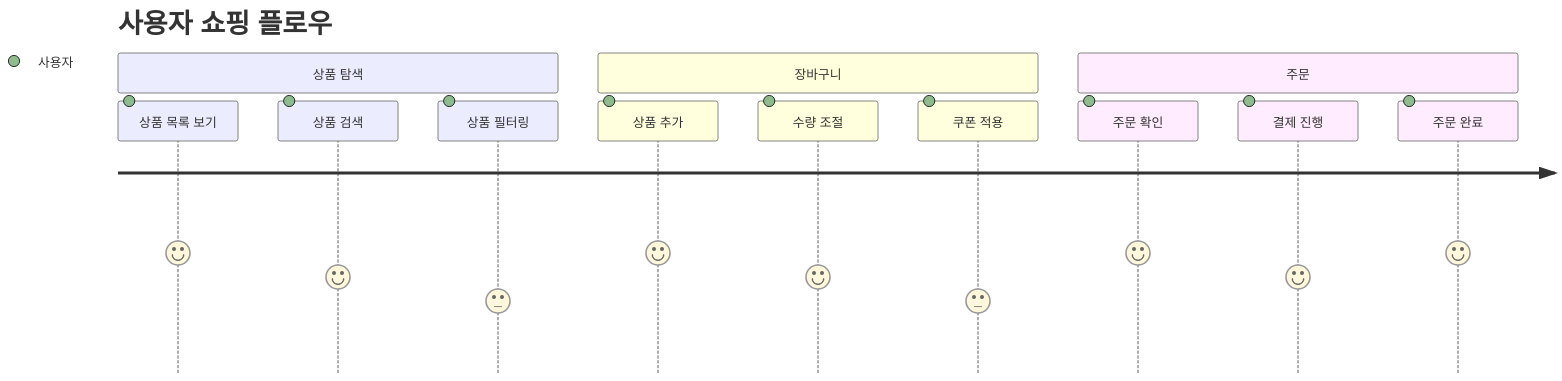
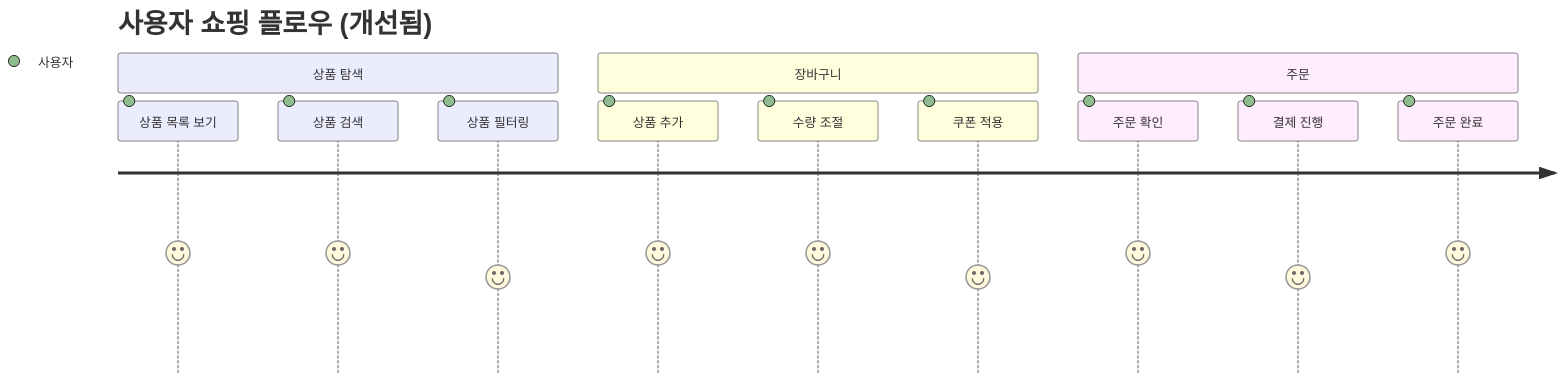
One commit to BBAK-jun/front_6th_chapter2-2 changed the fourth of 4 diagrams in docs/bounded-context-analysis.md. Above: the diagram before and after it, drawn with Mermaid. The commit also changed other lines of this file and 1 other file, not shown here.

````diff
--- a/docs/bounded-context-analysis.md
+++ b/docs/bounded-context-analysis.md
@@ -616,16 +643,16 @@
 ```mermaid
 journey
-    title 사용자 쇼핑 플로우
+    title 사용자 쇼핑 플로우 (개선됨)
     section 상품 탐색
       상품 목록 보기: 5: 사용자
-      상품 검색: 4: 사용자
-      상품 필터링: 3: 사용자
+      상품 검색: 5: 사용자
+      상품 필터링: 4: 사용자
     section 장바구니
       상품 추가: 5: 사용자
-      수량 조절: 4: 사용자
-      쿠폰 적용: 3: 사용자
+      수량 조절: 5: 사용자
+      쿠폰 적용: 4: 사용자
     section 주문
       주문 확인: 5: 사용자
       결제 진행: 4: 사용자
       주문 완료: 5: 사용자
 ```
````
